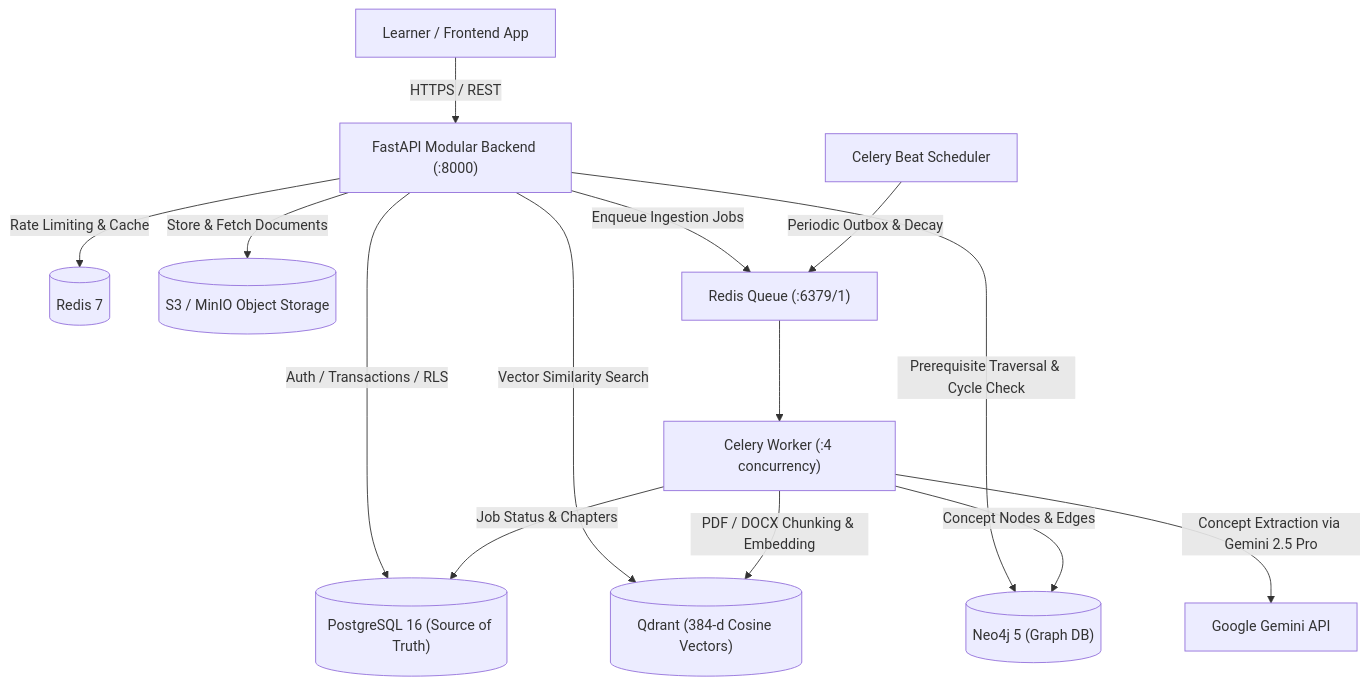
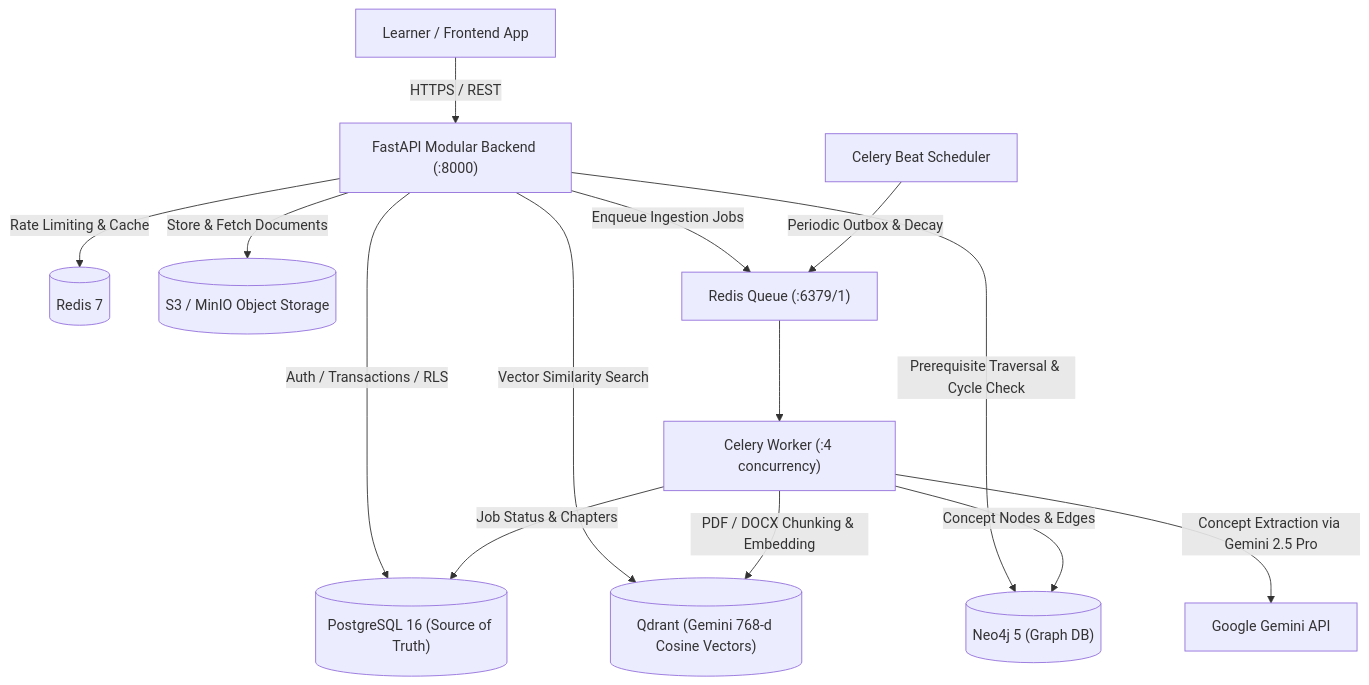
One commit to arka2024/Mindgenome-AI changed the diagram in README.md. Above: the diagram before and after it, drawn with Mermaid. The commit also changed other lines of this file and 20 other files, not shown here.

````diff
--- a/README.md
+++ b/README.md
@@ -12,18 +12,18 @@
 ```mermaid
 flowchart TD
     User["Learner / Frontend App"] -->|HTTPS / REST| API["FastAPI Modular Backend (:8000)"]
     API -->|Auth / Transactions / RLS| Postgres[("PostgreSQL 16 (Source of Truth)")]
     API -->|Rate Limiting & Cache| Redis[("Redis 7")]
     API -->|Store & Fetch Documents| S3[("S3 / MinIO Object Storage")]
-    API -->|Vector Similarity Search| Qdrant[("Qdrant (384-d Cosine Vectors)")]
+    API -->|Vector Similarity Search| Qdrant[("Qdrant (Gemini 768-d Cosine Vectors)")]
     API -->|Prerequisite Traversal & Cycle Check| Neo4j[("Neo4j 5 (Graph DB)")]
     
     API -->|Enqueue Ingestion Jobs| CeleryBroker["Redis Queue (:6379/1)"]
     CeleryBroker --> Worker["Celery Worker (:4 concurrency)"]
     Worker -->|PDF / DOCX Chunking & Embedding| Qdrant
     Worker -->|Concept Extraction via Gemini 2.5 Pro| Gemini["Google Gemini API"]
     Worker -->|Concept Nodes & Edges| Neo4j
     Worker -->|Job Status & Chapters| Postgres
 
     Beat["Celery Beat Scheduler"] -->|Periodic Outbox & Decay| CeleryBroker
 ```
````
